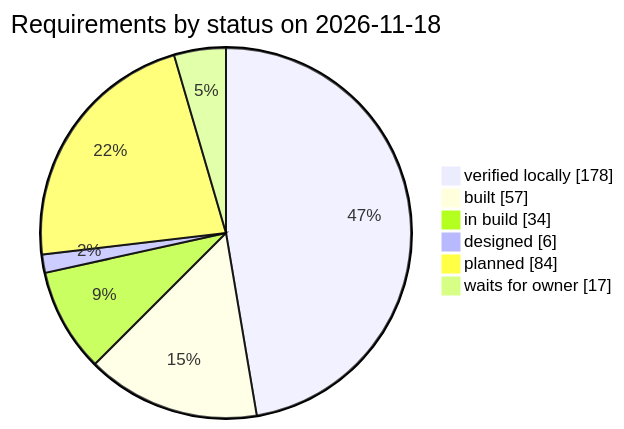
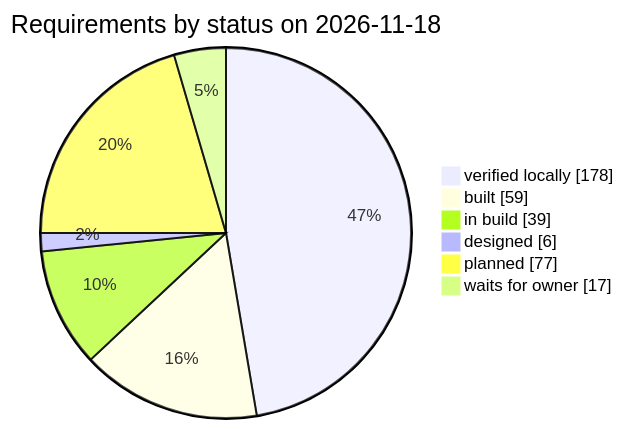
Before and after one commit to qa-io-vn/fnb-manager: the third of 3 diagrams in docs/requirements.md, drawn with Mermaid. The commit also changed other lines of this file and 15 other files, not shown here.

````diff
--- a/docs/requirements.md
+++ b/docs/requirements.md
@@ -989,10 +993,10 @@
 ```mermaid
 pie showData
     title Requirements by status on 2026-11-18
     "verified locally" : 178
-    "built" : 57
-    "in build" : 34
+    "built" : 59
+    "in build" : 39
     "designed" : 6
-    "planned" : 84
+    "planned" : 77
     "waits for owner" : 17
 ```
````
